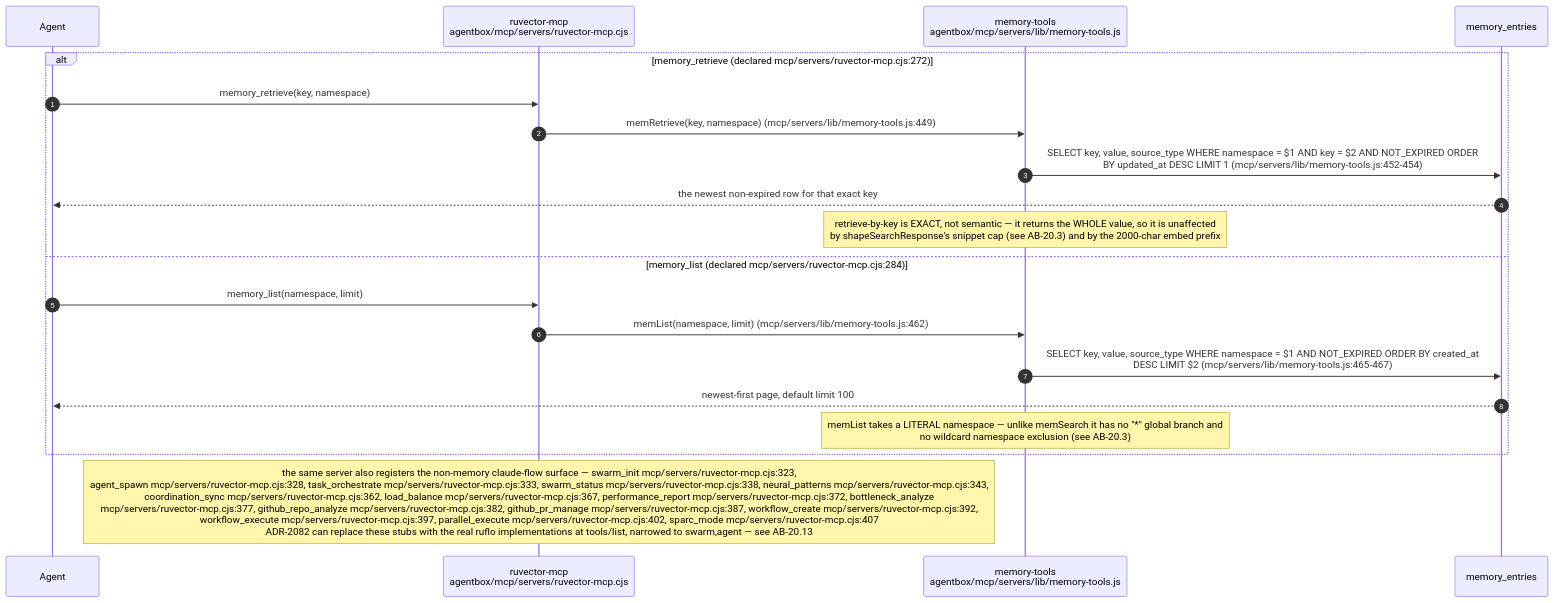
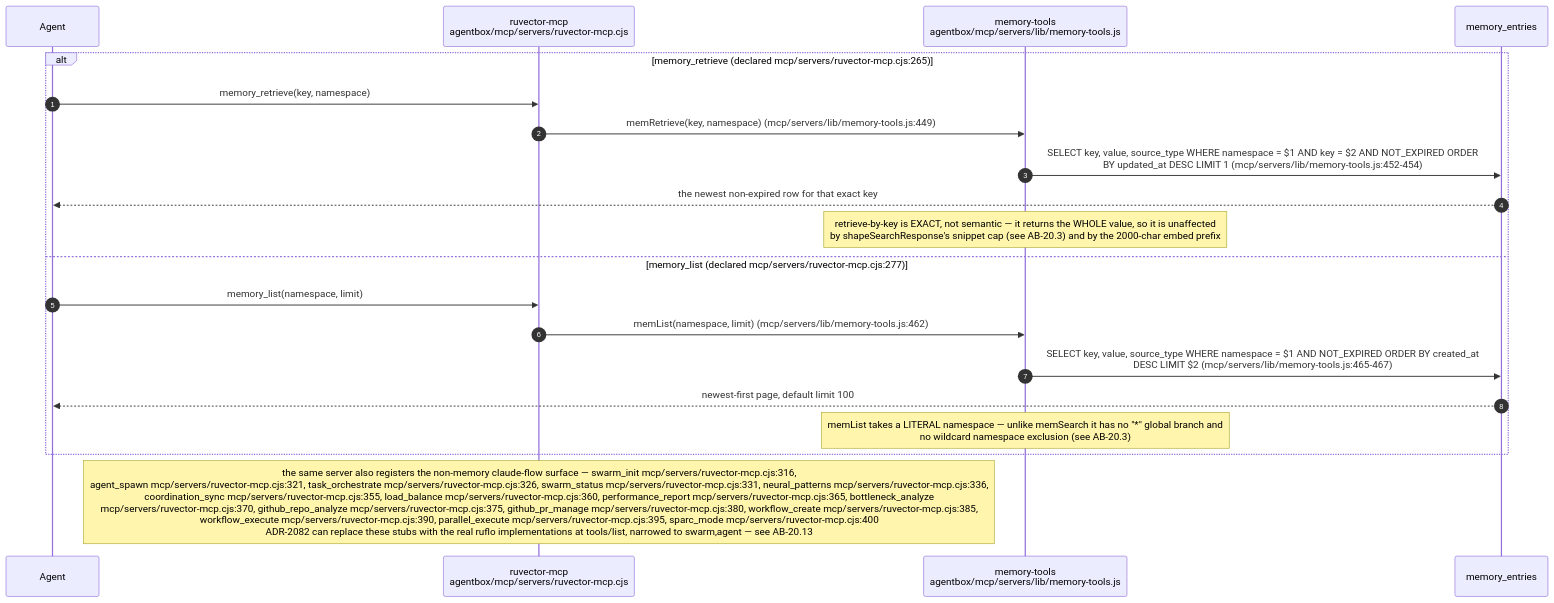
The fourth of 13 diagrams in docs/diagrams/agentbox/20-ruvector-memory-path.md (DreamLab-AI/VisionFlow), drawn with Mermaid before and after one commit. The commit also changed other lines of this file and 173 other files, not shown here.

````diff
--- a/docs/diagrams/agentbox/20-ruvector-memory-path.md
+++ b/docs/diagrams/agentbox/20-ruvector-memory-path.md
@@ -178,23 +182,23 @@
 ```mermaid
 sequenceDiagram
     autonumber
     participant AG as Agent
     participant SRV as ruvector-mcp<br/>agentbox/mcp/servers/ruvector-mcp.cjs
     participant MT as memory-tools<br/>agentbox/mcp/servers/lib/memory-tools.js
     participant PG as memory_entries
 
-    alt memory_retrieve (declared mcp/servers/ruvector-mcp.cjs:272)
+    alt memory_retrieve (declared mcp/servers/ruvector-mcp.cjs:265)
         AG->>SRV: memory_retrieve(key, namespace)
         SRV->>MT: memRetrieve(key, namespace) (mcp/servers/lib/memory-tools.js:449)
         MT->>PG: SELECT key, value, source_type WHERE namespace = $1 AND key = $2 AND NOT_EXPIRED ORDER<br/>BY updated_at DESC LIMIT 1 (mcp/servers/lib/memory-tools.js:452-454)
         PG-->>AG: the newest non-expired row for that exact key
         Note over MT: retrieve-by-key is EXACT, not semantic — it returns the WHOLE value, so it is unaffected<br/>by shapeSearchResponse's snippet cap (see AB-20.3) and by the 2000-char embed prefix
-    else memory_list (declared mcp/servers/ruvector-mcp.cjs:284)
+    else memory_list (declared mcp/servers/ruvector-mcp.cjs:277)
         AG->>SRV: memory_list(namespace, limit)
         SRV->>MT: memList(namespace, limit) (mcp/servers/lib/memory-tools.js:462)
         MT->>PG: SELECT key, value, source_type WHERE namespace = $1 AND NOT_EXPIRED ORDER BY created_at<br/>DESC LIMIT $2 (mcp/servers/lib/memory-tools.js:465-467)
         PG-->>AG: newest-first page, default limit 100
         Note over MT: memList takes a LITERAL namespace — unlike memSearch it has no "*" global branch and<br/>no wildcard namespace exclusion (see AB-20.3)
     end
-    Note over SRV: the same server also registers the non-memory claude-flow surface — swarm_init mcp/servers/ruvector-mcp.cjs:323,<br/>agent_spawn mcp/servers/ruvector-mcp.cjs:328, task_orchestrate mcp/servers/ruvector-mcp.cjs:333, swarm_status mcp/servers/ruvector-mcp.cjs:338, neural_patterns mcp/servers/ruvector-mcp.cjs:343,<br/>coordination_sync mcp/servers/ruvector-mcp.cjs:362, load_balance mcp/servers/ruvector-mcp.cjs:367, performance_report mcp/servers/ruvector-mcp.cjs:372, bottleneck_analyze<br/>mcp/servers/ruvector-mcp.cjs:377, github_repo_analyze mcp/servers/ruvector-mcp.cjs:382, github_pr_manage mcp/servers/ruvector-mcp.cjs:387, workflow_create mcp/servers/ruvector-mcp.cjs:392,<br/>workflow_execute mcp/servers/ruvector-mcp.cjs:397, parallel_execute mcp/servers/ruvector-mcp.cjs:402, sparc_mode mcp/servers/ruvector-mcp.cjs:407<br/>ADR-2082 can replace these stubs with the real ruflo implementations at tools/list, narrowed to swarm,agent — see AB-20.13
+    Note over SRV: the same server also registers the non-memory claude-flow surface — swarm_init mcp/servers/ruvector-mcp.cjs:316,<br/>agent_spawn mcp/servers/ruvector-mcp.cjs:321, task_orchestrate mcp/servers/ruvector-mcp.cjs:326, swarm_status mcp/servers/ruvector-mcp.cjs:331, neural_patterns mcp/servers/ruvector-mcp.cjs:336,<br/>coordination_sync mcp/servers/ruvector-mcp.cjs:355, load_balance mcp/servers/ruvector-mcp.cjs:360, performance_report mcp/servers/ruvector-mcp.cjs:365, bottleneck_analyze<br/>mcp/servers/ruvector-mcp.cjs:370, github_repo_analyze mcp/servers/ruvector-mcp.cjs:375, github_pr_manage mcp/servers/ruvector-mcp.cjs:380, workflow_create mcp/servers/ruvector-mcp.cjs:385,<br/>workflow_execute mcp/servers/ruvector-mcp.cjs:390, parallel_execute mcp/servers/ruvector-mcp.cjs:395, sparc_mode mcp/servers/ruvector-mcp.cjs:400<br/>ADR-2082 can replace these stubs with the real ruflo implementations at tools/list, narrowed to swarm,agent — see AB-20.13
 ```
````
